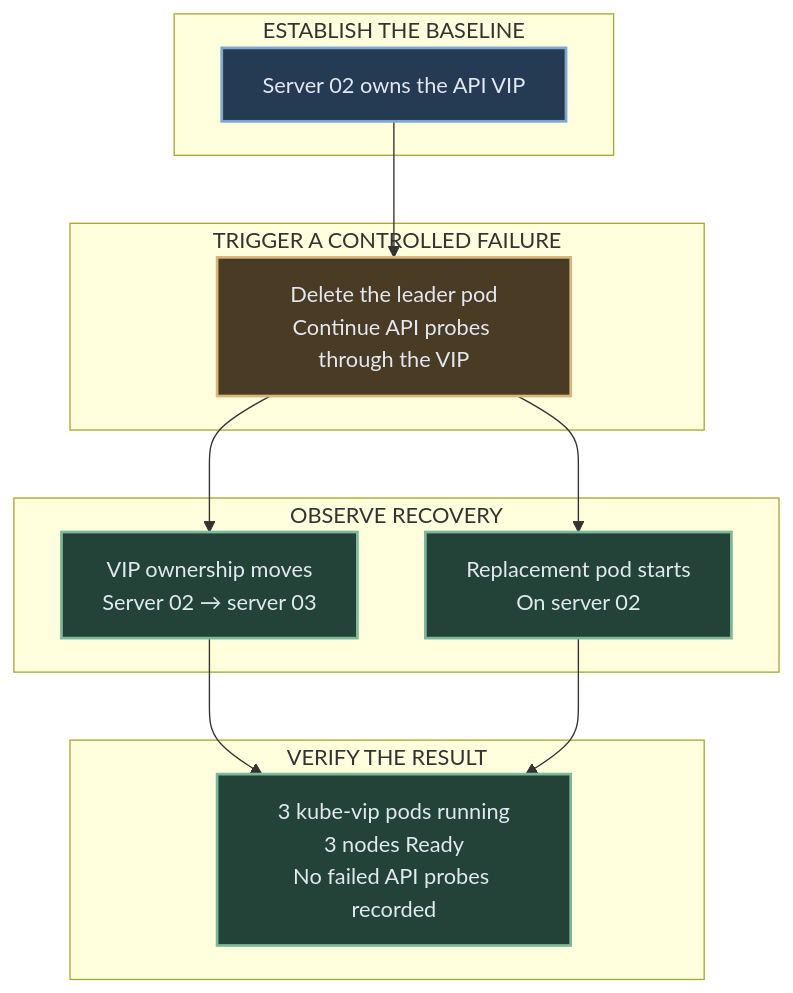
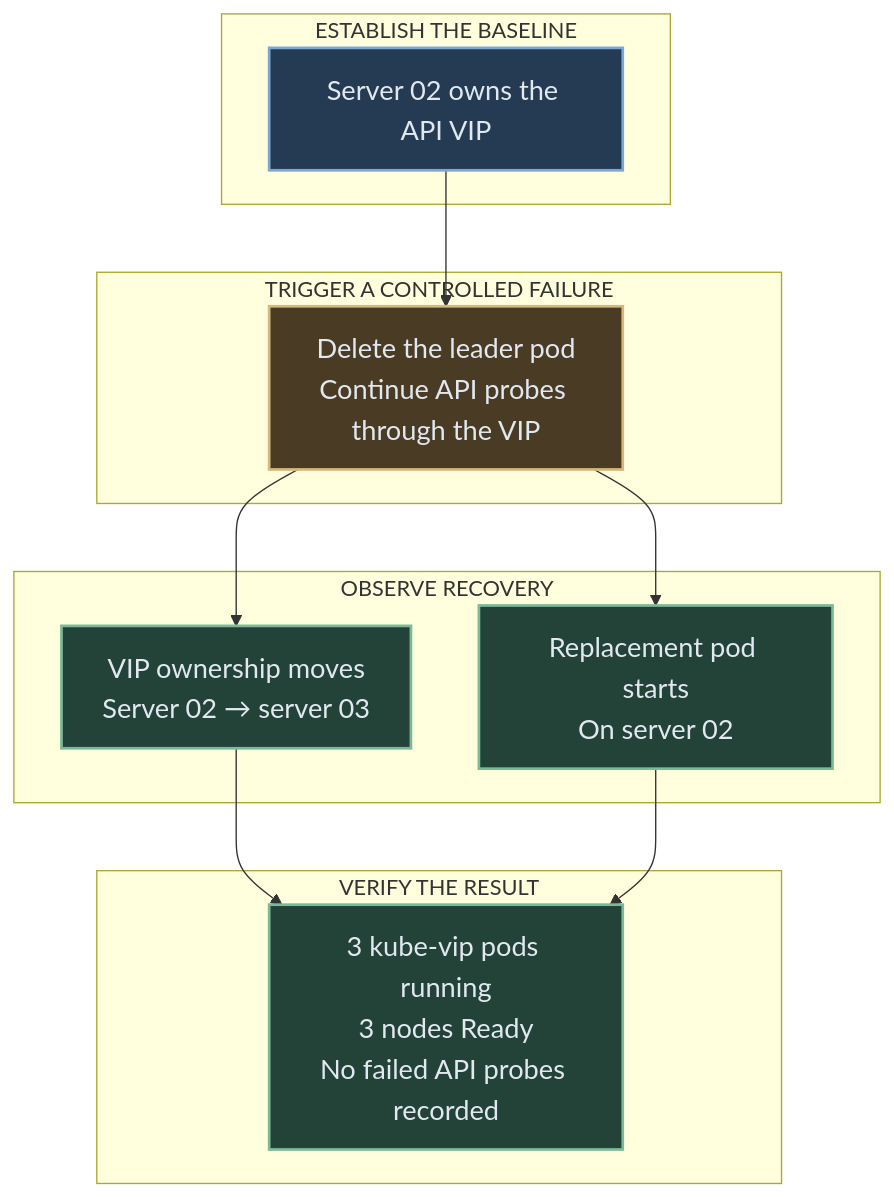
Before and after one commit to Capasiter/homelab-portfolio: the second of 3 diagrams in README.md, drawn with Mermaid. The commit also changed other lines of this file, not shown here.

Commit message:
docs: keep architecture and supporting details visible with consistent diagram text

````diff
--- a/README.md
+++ b/README.md
@@ -137,29 +135,29 @@
 ```mermaid
 flowchart TB
     subgraph Baseline["ESTABLISH THE BASELINE"]
         Before["Server 02 owns the API VIP"]
     end
     subgraph Exercise["TRIGGER A CONTROLLED FAILURE"]
         Action["Delete the leader pod<br/>Continue API probes through the VIP"]
     end
     subgraph Handoff["OBSERVE RECOVERY"]
         Move["VIP ownership moves<br/>Server 02 → server 03"]
         Replace["Replacement pod starts<br/>On server 02"]
     end
     subgraph Result["VERIFY THE RESULT"]
         Healthy["3 kube-vip pods running<br/>3 nodes Ready<br/>No failed API probes recorded"]
     end
     Before --> Action
     Action --> Move
     Action --> Replace
     Move --> Healthy
     Replace --> Healthy
-    classDef blue fill:#243b53,stroke:#7ba7d1,color:#e2e8f0,stroke-width:2px
-    classDef green fill:#234338,stroke:#7cb99a,color:#e2e8f0,stroke-width:2px
-    classDef purple fill:#39304d,stroke:#b49bd4,color:#e2e8f0,stroke-width:2px
-    classDef gray fill:#293241,stroke:#a9b8c8,color:#e2e8f0,stroke-width:2px
-    classDef amber fill:#4a3b24,stroke:#d7b77b,color:#e2e8f0,stroke-width:2px
+    classDef blue fill:#243b53,stroke:#7ba7d1,color:#e2e8f0,stroke-width:2px,font-size:20px
+    classDef green fill:#234338,stroke:#7cb99a,color:#e2e8f0,stroke-width:2px,font-size:20px
+    classDef purple fill:#39304d,stroke:#b49bd4,color:#e2e8f0,stroke-width:2px,font-size:20px
+    classDef gray fill:#293241,stroke:#a9b8c8,color:#e2e8f0,stroke-width:2px,font-size:20px
+    classDef amber fill:#4a3b24,stroke:#d7b77b,color:#e2e8f0,stroke-width:2px,font-size:20px
     class Before blue
     class Action amber
     class Move,Replace,Healthy green
 ```
````
